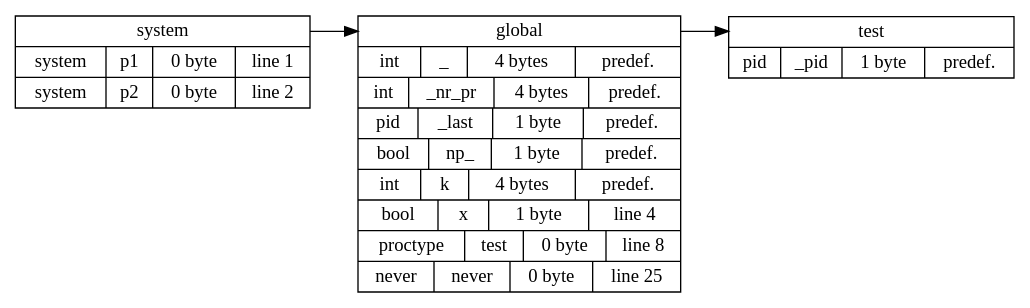
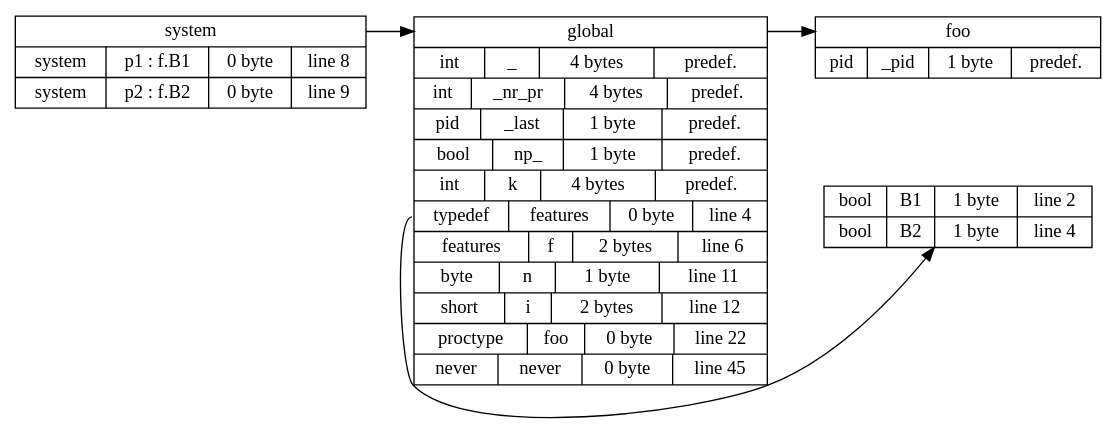
The diagram in sym_table_graphviz.dot (samilazregsuidi/Daedalux), drawn with Graphviz before and after one commit. The commit also changed 1628 other files, not shown here.

```diff
--- a/sym_table_graphviz.dot
+++ b/sym_table_graphviz.dot
@@ -1,16 +1,20 @@
 digraph symbol_table {
 	 rankdir = LR
-	system[ shape = record, label = "<f0> system | { <93824994218208> system|p1| 0 byte | line 1 } | { <93824994218592> system|p2| 0 byte | line 2 }"]
+	system[ shape = record, label = "<f0> system | { <94621325648176> system|p1 : f.B1| 0 byte | line 8 } | { <94621325649504> system|p2 : f.B2| 0 byte | line 9 }"]
 
-	global[ shape = record, label = "<f0> global | { <93824994217184> int|_| 4 bytes | predef. } | { <93824994217456> int|_nr_pr| 4 bytes | predef. } | { <93824994217616> pid|_last| 1 byte | predef. } | { <93824994217776> bool|np_| 1 byte | predef. } | { <93824994217936> int|k| 4 bytes | predef. } | { <93824994218992> bool|x| 1 byte | line 4 } | { <93824994275744> proctype|test| 0 byte | line 8 } | { <93824994284560> never|never| 0 byte | line 25 }"]
+	global[ shape = record, label = "<f0> global | { <94621325607472> int|_| 4 bytes | predef. } | { <94621325607744> int|_nr_pr| 4 bytes | predef. } | { <94621325607904> pid|_last| 1 byte | predef. } | { <94621325608064> bool|np_| 1 byte | predef. } | { <94621325641504> int|k| 4 bytes | predef. } | { <94621325646240> typedef|features| 0 byte | line 4 } | { <94621325646832> features|f| 2 bytes | line 6 } | { <94621325649872> byte|n| 1 byte | line 11 } | { <94621325650272> short|i| 2 bytes | line 12 } | { <94621325691632> proctype|foo| 0 byte | line 22 } | { <94621325720288> never|never| 0 byte | line 45 }"]
 
-	test[ shape = record, label = "<f0> test | { <93824994273408> pid|_pid| 1 byte | predef. }"]
+	foo[ shape = record, label = "<f0> foo | { <94621325650944> pid|_pid| 1 byte | predef. }"]
 
 
-	global:f0 -> test:f0
+	global:f0 -> foo:f0
+
+	features[ shape = record, label = "{ <94621325645888> bool|B1| 1 byte | line 2 } | { <94621325646080> bool|B2| 1 byte | line 4 }"]
+
+	global:94621325646240 -> features
 
 
 	system:f0 -> global:f0
 
 
 }
```
